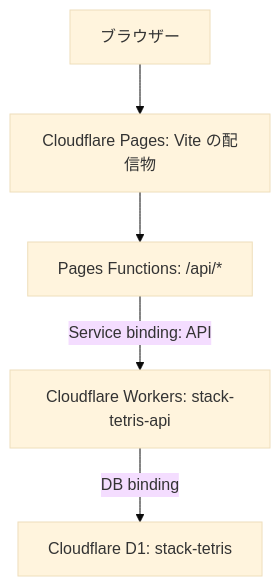
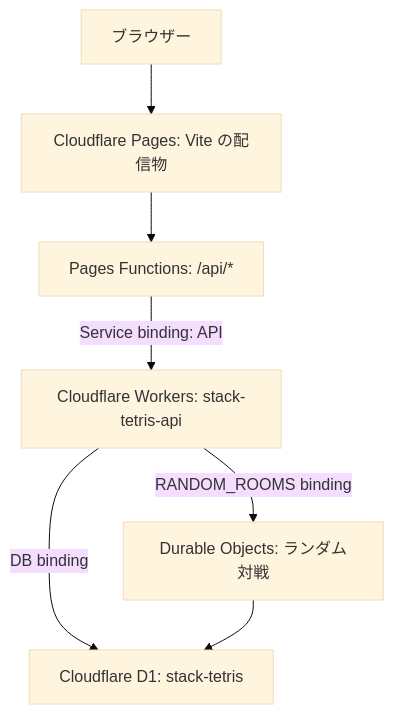
Before and after one commit to ikkungames110/tetris: the diagram in docs/cloudflare-accounts.md, drawn with Mermaid (base theme). The commit also changed other lines of this file and 28 other files, not shown here.

````diff
--- a/docs/cloudflare-accounts.md
+++ b/docs/cloudflare-accounts.md
@@ -9,7 +9,9 @@
 ```mermaid
 flowchart TD
   User[ブラウザー] --> Pages[Cloudflare Pages: Vite の配信物]
   Pages --> Gateway[Pages Functions: /api/*]
   Gateway -->|Service binding: API| Worker[Cloudflare Workers: stack-tetris-api]
   Worker -->|DB binding| D1[Cloudflare D1: stack-tetris]
+  Worker -->|RANDOM_ROOMS binding| Rooms[Durable Objects: ランダム対戦]
+  Rooms --> D1
 ```
````
